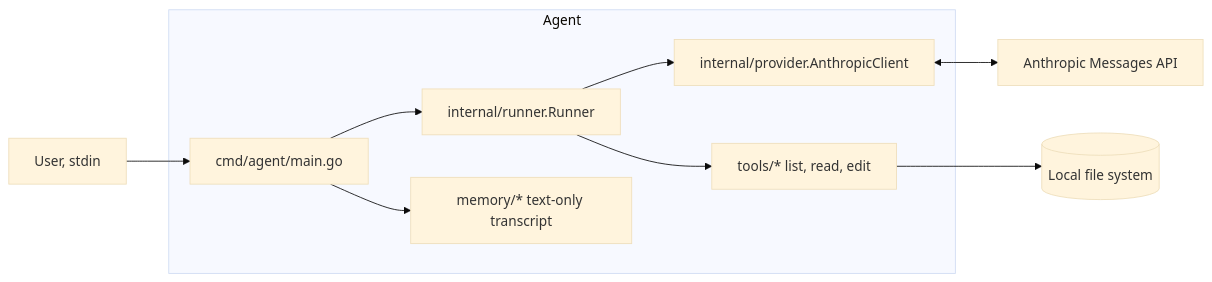
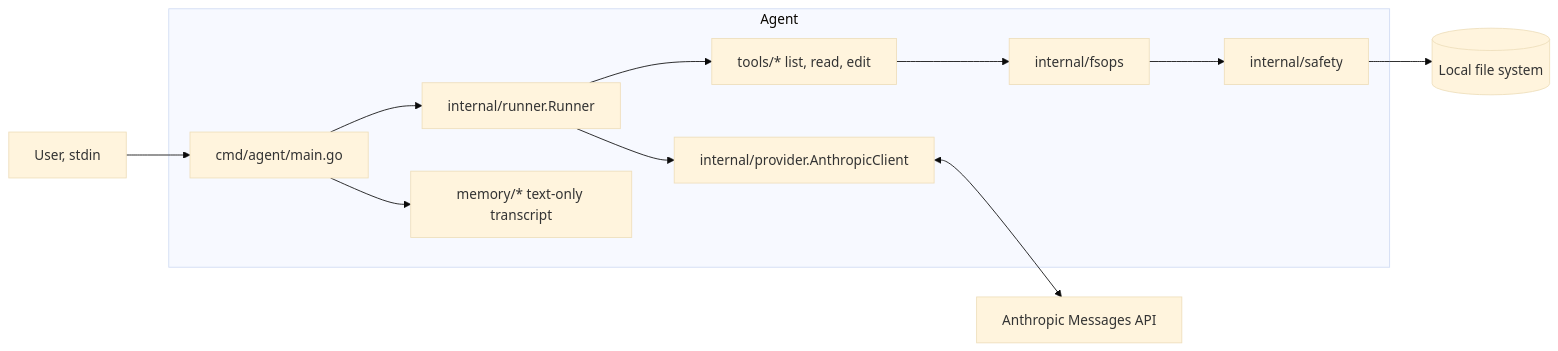
Before and after one commit to petasbytes/go-agent: the diagram in README.md, drawn with Mermaid (base theme). The commit also changed other lines of this file, not shown here.

````diff
--- a/README.md
+++ b/README.md
@@ -123,12 +125,14 @@
 ```mermaid
 flowchart LR
   U[User, stdin] --> CLI[cmd/agent/main.go]
   subgraph Agent
     CLI --> RUN[internal/runner.Runner]
     RUN --> PROV[internal/provider.AnthropicClient]
     RUN --> TOOLS[tools/* list, read, edit]
+    TOOLS --> FSOPS[internal/fsops]
+    FSOPS --> SAFETY[internal/safety]
     CLI --> MEM[memory/* text-only transcript]
   end
   PROV <--> API[Anthropic Messages API]
-  TOOLS --> FS[(Local file system)]
+  SAFETY --> FS[(Local file system)]
 ```
````
